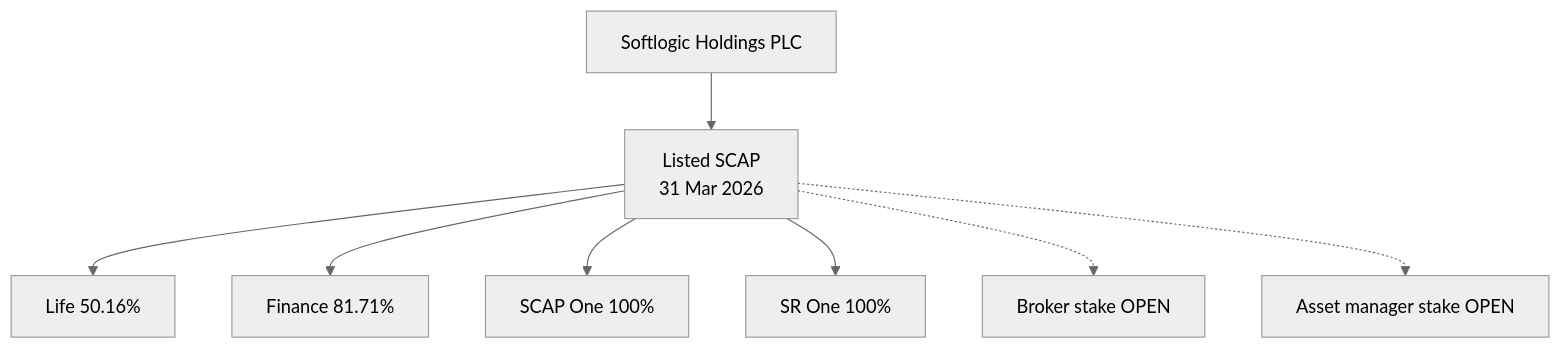
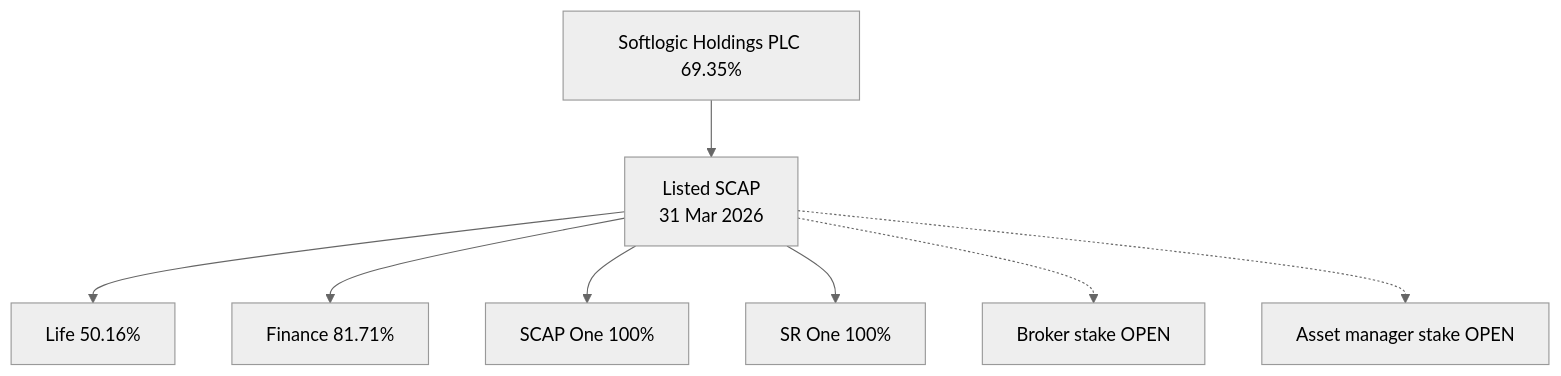
The first of 15 diagrams in 01-Fundamental-Analysis/01-Business-Analysis/VISUAL-REPORT.md (Gajarthan/SCAP-N0000-Research), drawn with Mermaid (neutral theme) before and after one commit. The commit also changed other lines of this file and 8 other files, not shown here.

````diff
--- a/01-Fundamental-Analysis/01-Business-Analysis/VISUAL-REPORT.md
+++ b/01-Fundamental-Analysis/01-Business-Analysis/VISUAL-REPORT.md
@@ -31,10 +33,10 @@
 ```mermaid
 flowchart TB
-  H["Softlogic Holdings PLC"] --> P["Listed SCAP\n31 Mar 2026"]
+  H["Softlogic Holdings PLC 69.35%"] --> P["Listed SCAP\n31 Mar 2026"]
   P --> L["Life 50.16%"]
   P --> F["Finance 81.71%"]
   P --> O["SCAP One 100%"]
   P --> R["SR One 100%"]
   P -.-> B["Broker stake OPEN"]
   P -.-> A["Asset manager stake OPEN"]
 ```
````
